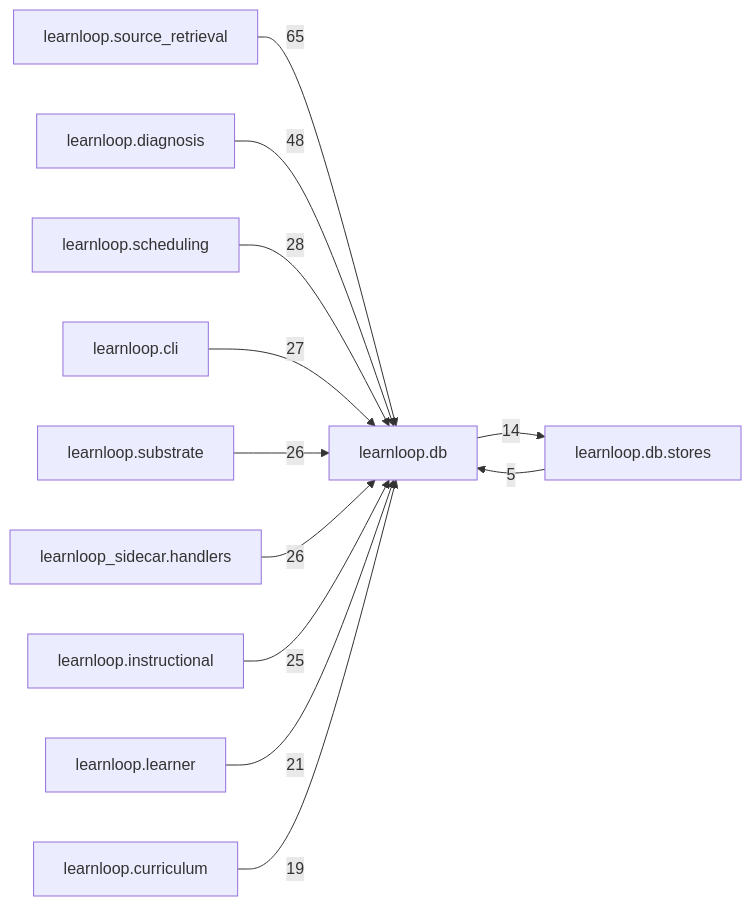
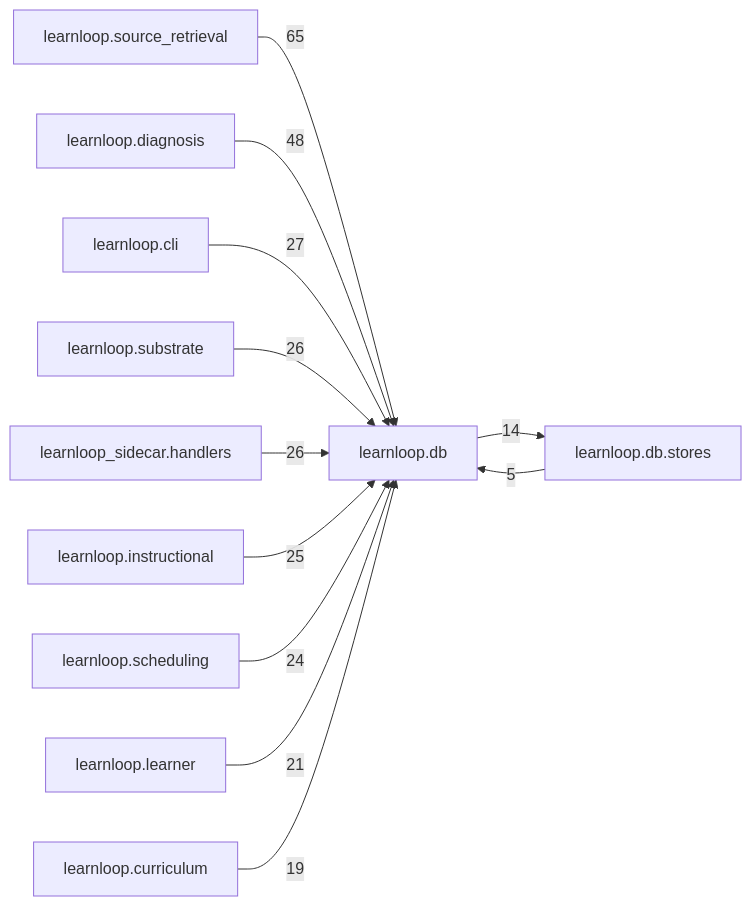
The diagram in docs/learnloop-architecture-vault/Reference/Modules/learnloop/db/_package.md (6up-b/learnanything), drawn with Mermaid before and after one commit. The commit also changed other lines of this file and 66 other files, not shown here.

````diff
--- a/docs/learnloop-architecture-vault/Reference/Modules/learnloop/db/_package.md
+++ b/docs/learnloop-architecture-vault/Reference/Modules/learnloop/db/_package.md
@@ -138,25 +138,25 @@
 ```mermaid
 flowchart LR
     center["learnloop.db"]
     n_learnloop_source_retrieval["learnloop.source_retrieval"]
     n_learnloop_diagnosis["learnloop.diagnosis"]
-    n_learnloop_scheduling["learnloop.scheduling"]
     n_learnloop_cli["learnloop.cli"]
     n_learnloop_substrate["learnloop.substrate"]
     n_learnloop_sidecar_handlers["learnloop_sidecar.handlers"]
     n_learnloop_instructional["learnloop.instructional"]
+    n_learnloop_scheduling["learnloop.scheduling"]
     n_learnloop_learner["learnloop.learner"]
     n_learnloop_curriculum["learnloop.curriculum"]
     n_learnloop_db_stores["learnloop.db.stores"]
     n_learnloop_source_retrieval -->|65| center
     n_learnloop_diagnosis -->|48| center
-    n_learnloop_scheduling -->|28| center
     n_learnloop_cli -->|27| center
     n_learnloop_substrate -->|26| center
     n_learnloop_sidecar_handlers -->|26| center
     n_learnloop_instructional -->|25| center
+    n_learnloop_scheduling -->|24| center
     n_learnloop_learner -->|21| center
     n_learnloop_curriculum -->|19| center
     n_learnloop_db_stores -->|5| center
     center -->|14| n_learnloop_db_stores
 ```
````
